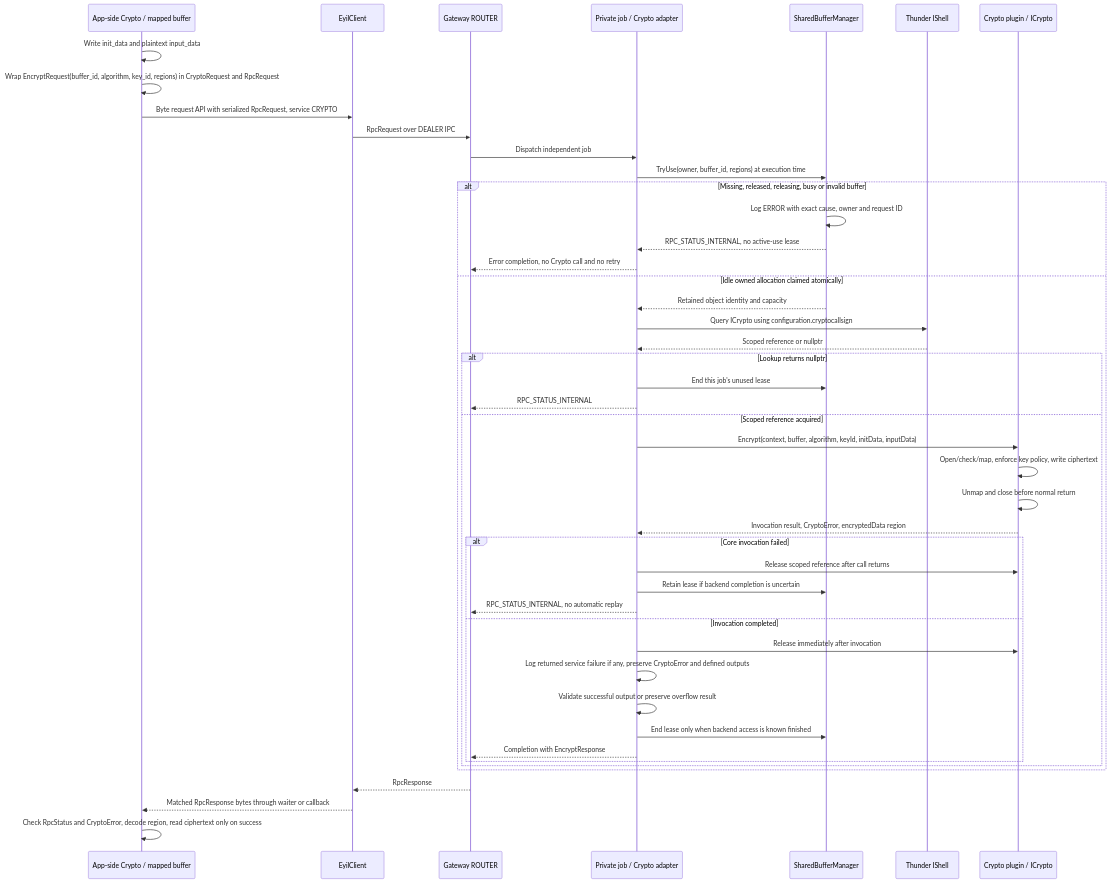
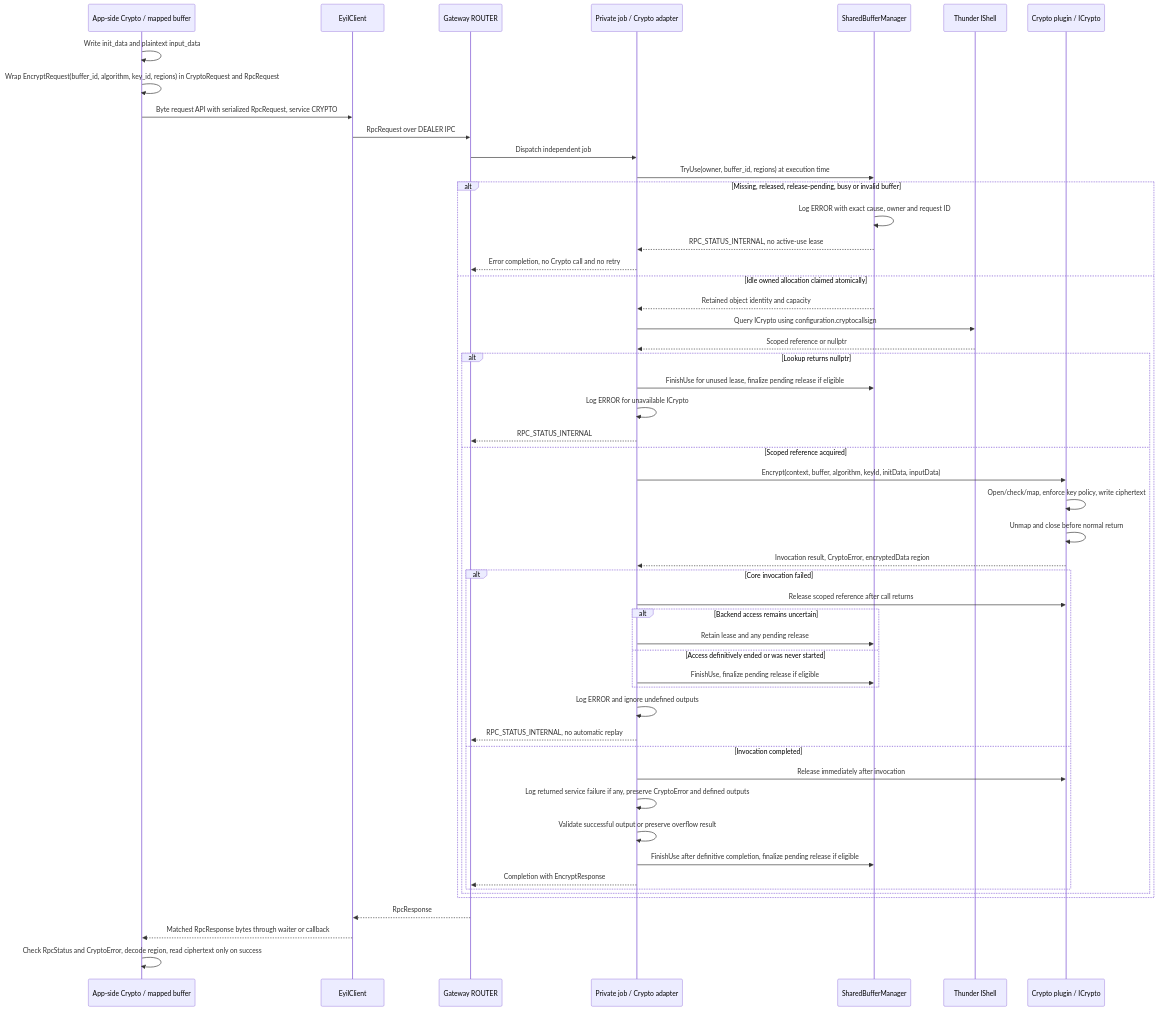
Diagram 23 of 37 in doc/EyilSecureGateway.md (rdkcentral/eyil-secure-gateway), drawn with Mermaid before and after one commit. The commit also changed other lines of this file, not shown here.

````diff
--- a/doc/EyilSecureGateway.md
+++ b/doc/EyilSecureGateway.md
@@ -3618,48 +3685,54 @@
 ```mermaid
 sequenceDiagram
     participant A as App-side Crypto / mapped buffer
     participant L as EyilClient
     participant R as Gateway ROUTER
     participant J as Private job / Crypto adapter
     participant B as SharedBufferManager
     participant T as Thunder IShell
     participant C as Crypto plugin / ICrypto
     A->>A: Write init_data and plaintext input_data
     A->>A: Wrap EncryptRequest(buffer_id, algorithm, key_id, regions) in CryptoRequest and RpcRequest
     A->>L: Byte request API with serialized RpcRequest, service CRYPTO
     L->>R: RpcRequest over DEALER IPC
     R->>J: Dispatch independent job
     J->>B: TryUse(owner, buffer_id, regions) at execution time
-    alt Missing, released, releasing, busy or invalid buffer
+    alt Missing, released, release-pending, busy or invalid buffer
         B->>B: Log ERROR with exact cause, owner and request ID
         B-->>J: RPC_STATUS_INTERNAL, no active-use lease
         J-->>R: Error completion, no Crypto call and no retry
     else Idle owned allocation claimed atomically
         B-->>J: Retained object identity and capacity
         J->>T: Query ICrypto using configuration.cryptocallsign
         T-->>J: Scoped reference or nullptr
         alt Lookup returns nullptr
-            J->>B: End this job's unused lease
+            J->>B: FinishUse for unused lease, finalize pending release if eligible
+            J->>J: Log ERROR for unavailable ICrypto
             J-->>R: RPC_STATUS_INTERNAL
         else Scoped reference acquired
             J->>C: Encrypt(context, buffer, algorithm, keyId, initData, inputData)
             C->>C: Open/check/map, enforce key policy, write ciphertext
             C->>C: Unmap and close before normal return
             C-->>J: Invocation result, CryptoError, encryptedData region
             alt Core invocation failed
                 J->>C: Release scoped reference after call returns
-                J->>B: Retain lease if backend completion is uncertain
+                alt Backend access remains uncertain
+                    J->>B: Retain lease and any pending release
+                else Access definitively ended or was never started
+                    J->>B: FinishUse, finalize pending release if eligible
+                end
+                J->>J: Log ERROR and ignore undefined outputs
                 J-->>R: RPC_STATUS_INTERNAL, no automatic replay
             else Invocation completed
                 J->>C: Release immediately after invocation
                 J->>J: Log returned service failure if any, preserve CryptoError and defined outputs
                 J->>J: Validate successful output or preserve overflow result
-                J->>B: End lease only when backend access is known finished
+                J->>B: FinishUse after definitive completion, finalize pending release if eligible
                 J-->>R: Completion with EncryptResponse
             end
         end
     end
     R-->>L: RpcResponse
     L-->>A: Matched RpcResponse bytes through waiter or callback
     A->>A: Check RpcStatus and CryptoError, decode region, read ciphertext only on success
 ```
````
